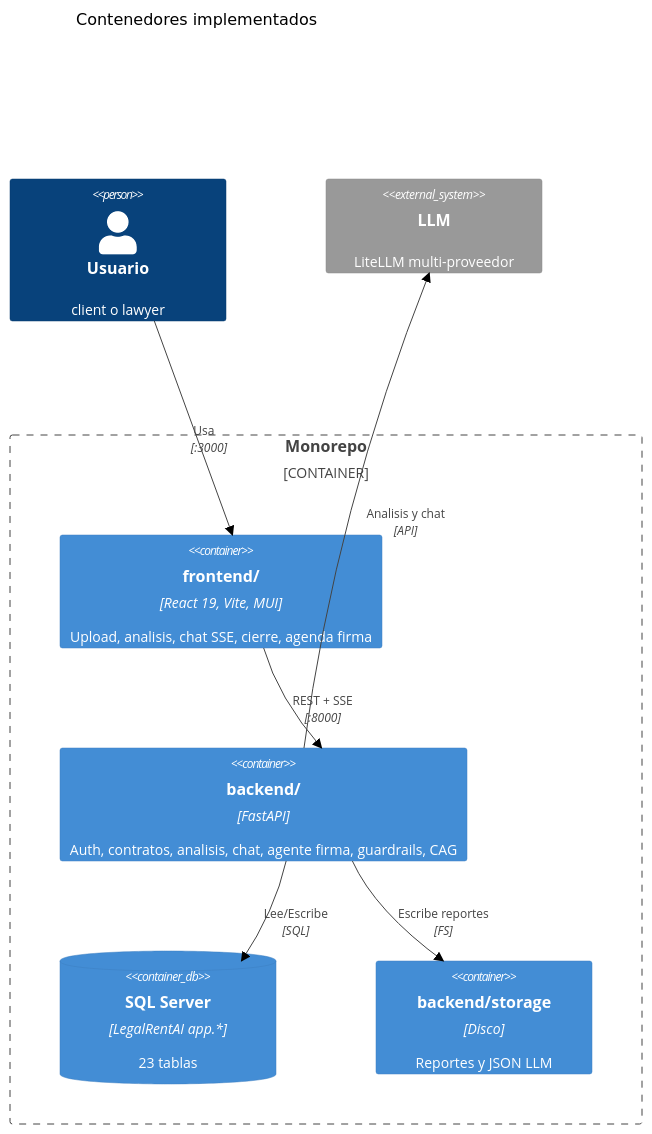
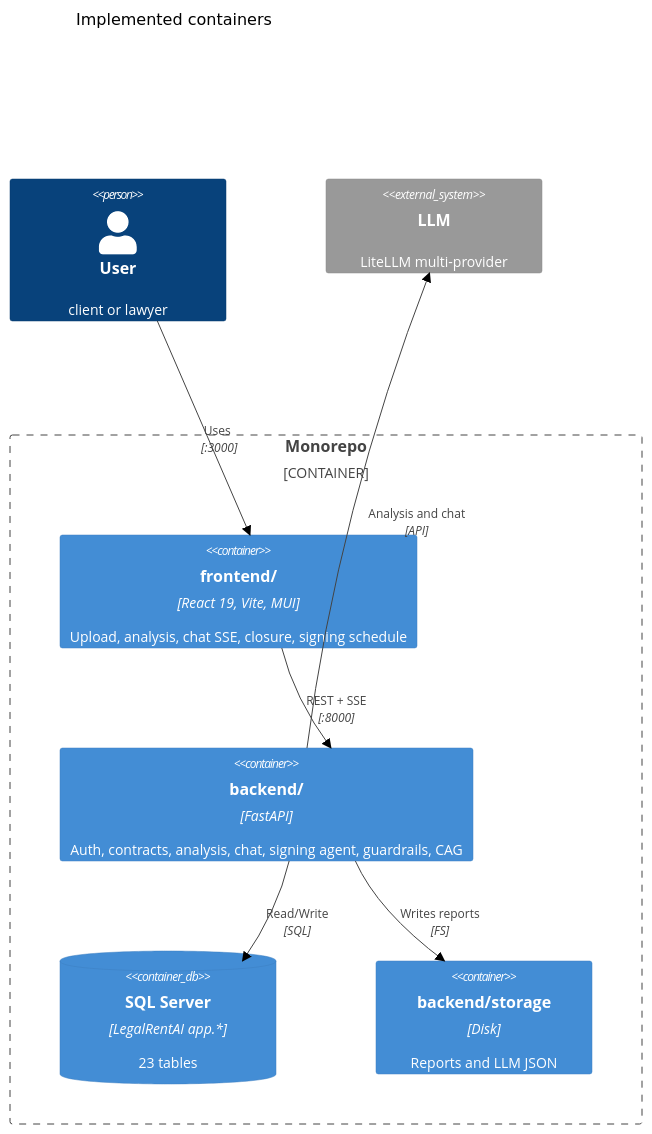
Before and after one commit to victorm-ai/legal-rent-ai: the second of 2 diagrams in docs/architecture/c4-level2-containers.md, drawn with Mermaid (forest theme). The commit also changed other lines of this file and 57 other files, not shown here.

````diff
--- a/docs/architecture/c4-level2-containers.md
+++ b/docs/architecture/c4-level2-containers.md
@@ -37,21 +37,21 @@
 ```mermaid
 C4Container
-    title Contenedores implementados
+    title Implemented containers
 
-    Person(user, "Usuario", "client o lawyer")
+    Person(user, "User", "client or lawyer")
 
     Container_Boundary(c1, "Monorepo") {
-        Container(webApp, "frontend/", "React 19, Vite, MUI", "Upload, analisis, chat SSE, cierre, agenda firma")
-        Container(api, "backend/", "FastAPI", "Auth, contratos, analisis, chat, agente firma, guardrails, CAG")
-        ContainerDb(database, "SQL Server", "LegalRentAI app.*", "23 tablas")
-        Container(localStore, "backend/storage", "Disco", "Reportes y JSON LLM")
+        Container(webApp, "frontend/", "React 19, Vite, MUI", "Upload, analysis, chat SSE, closure, signing schedule")
+        Container(api, "backend/", "FastAPI", "Auth, contracts, analysis, chat, signing agent, guardrails, CAG")
+        ContainerDb(database, "SQL Server", "LegalRentAI app.*", "23 tables")
+        Container(localStore, "backend/storage", "Disk", "Reports and LLM JSON")
     }
 
-    System_Ext(llm, "LLM", "LiteLLM multi-proveedor")
+    System_Ext(llm, "LLM", "LiteLLM multi-provider")
 
-    Rel(user, webApp, "Usa", ":3000")
+    Rel(user, webApp, "Uses", ":3000")
     Rel(webApp, api, "REST + SSE", ":8000")
-    Rel(api, database, "Lee/Escribe", "SQL")
-    Rel(api, localStore, "Escribe reportes", "FS")
-    Rel(api, llm, "Analisis y chat", "API")
+    Rel(api, database, "Read/Write", "SQL")
+    Rel(api, localStore, "Writes reports", "FS")
+    Rel(api, llm, "Analysis and chat", "API")
 ```
````
